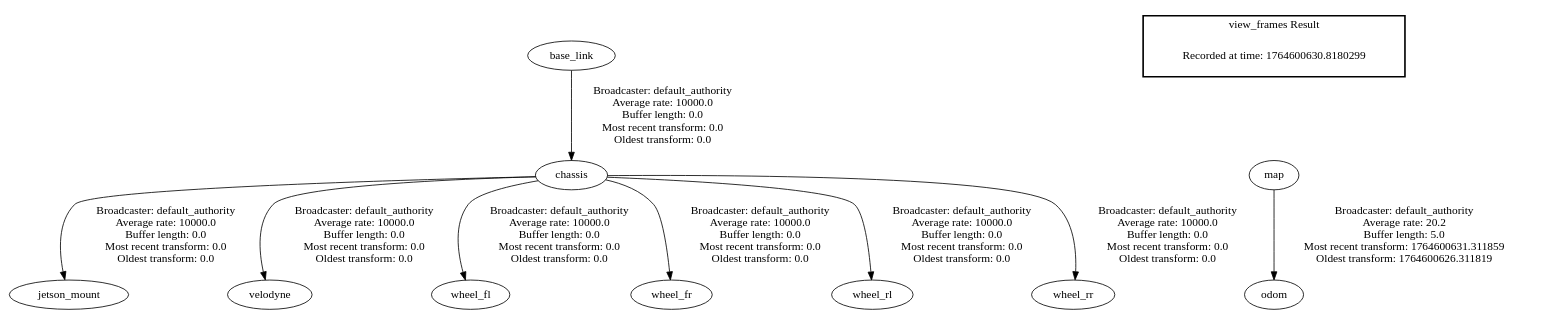
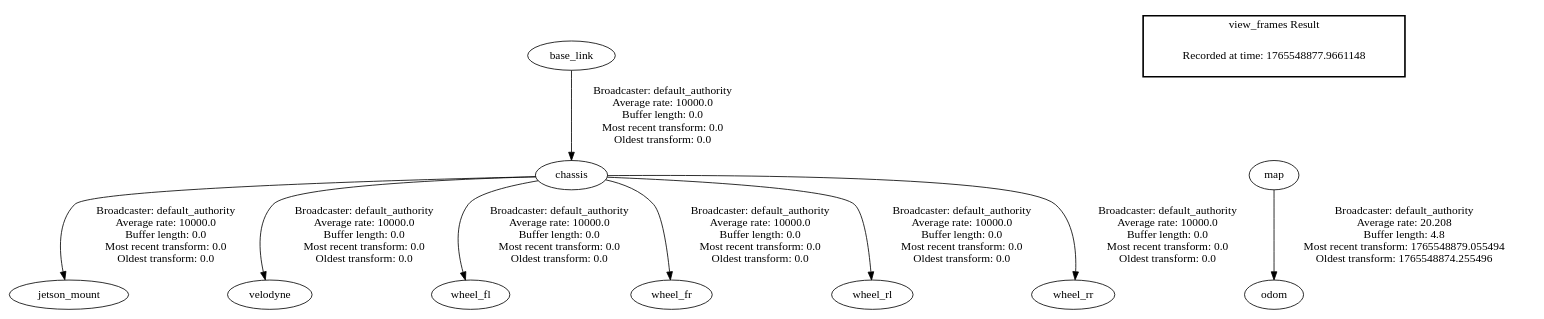
Before and after one commit to lukasderia/ros2_leo_ws: the diagram in frames.gv, drawn with Graphviz. The commit also changed 2 other files, not shown here.

Commit message:
changed back to original odom tf node

```diff
--- a/frames.gv
+++ b/frames.gv
@@ -1,14 +1,14 @@
 digraph G {
 "base_link" -> "chassis"[label=" Broadcaster: default_authority\nAverage rate: 10000.0\nBuffer length: 0.0\nMost recent transform: 0.0\nOldest transform: 0.0\n"];
 "chassis" -> "jetson_mount"[label=" Broadcaster: default_authority\nAverage rate: 10000.0\nBuffer length: 0.0\nMost recent transform: 0.0\nOldest transform: 0.0\n"];
 "chassis" -> "velodyne"[label=" Broadcaster: default_authority\nAverage rate: 10000.0\nBuffer length: 0.0\nMost recent transform: 0.0\nOldest transform: 0.0\n"];
 "chassis" -> "wheel_fl"[label=" Broadcaster: default_authority\nAverage rate: 10000.0\nBuffer length: 0.0\nMost recent transform: 0.0\nOldest transform: 0.0\n"];
 "chassis" -> "wheel_fr"[label=" Broadcaster: default_authority\nAverage rate: 10000.0\nBuffer length: 0.0\nMost recent transform: 0.0\nOldest transform: 0.0\n"];
 "chassis" -> "wheel_rl"[label=" Broadcaster: default_authority\nAverage rate: 10000.0\nBuffer length: 0.0\nMost recent transform: 0.0\nOldest transform: 0.0\n"];
 "chassis" -> "wheel_rr"[label=" Broadcaster: default_authority\nAverage rate: 10000.0\nBuffer length: 0.0\nMost recent transform: 0.0\nOldest transform: 0.0\n"];
-"map" -> "odom"[label=" Broadcaster: default_authority\nAverage rate: 20.2\nBuffer length: 5.0\nMost recent transform: 1764600631.311859\nOldest transform: 1764600626.311819\n"];
+"map" -> "odom"[label=" Broadcaster: default_authority\nAverage rate: 20.208\nBuffer length: 4.8\nMost recent transform: 1765548879.055494\nOldest transform: 1765548874.255496\n"];
 edge [style=invis];
  subgraph cluster_legend { style=bold; color=black; label ="view_frames Result";
-"Recorded at time: 1764600630.8180299"[ shape=plaintext ] ;
+"Recorded at time: 1765548877.9661148"[ shape=plaintext ] ;
 }->"map";
 }
```
